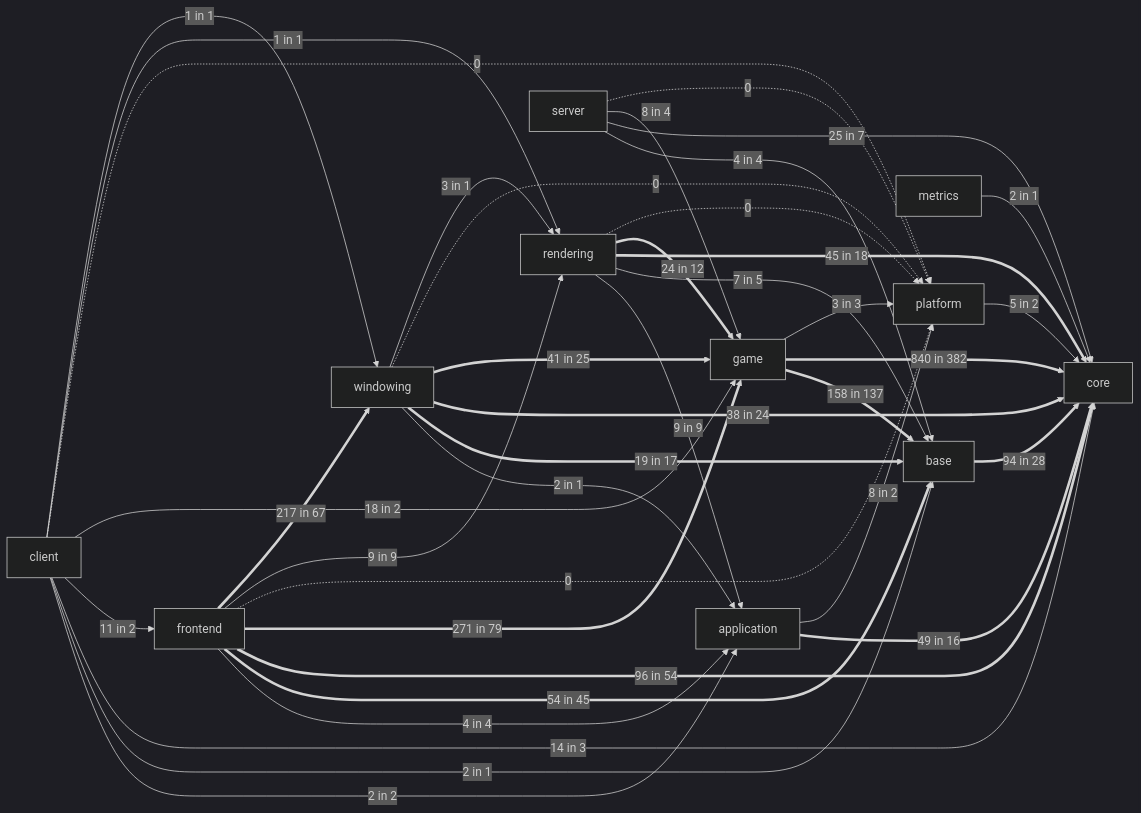
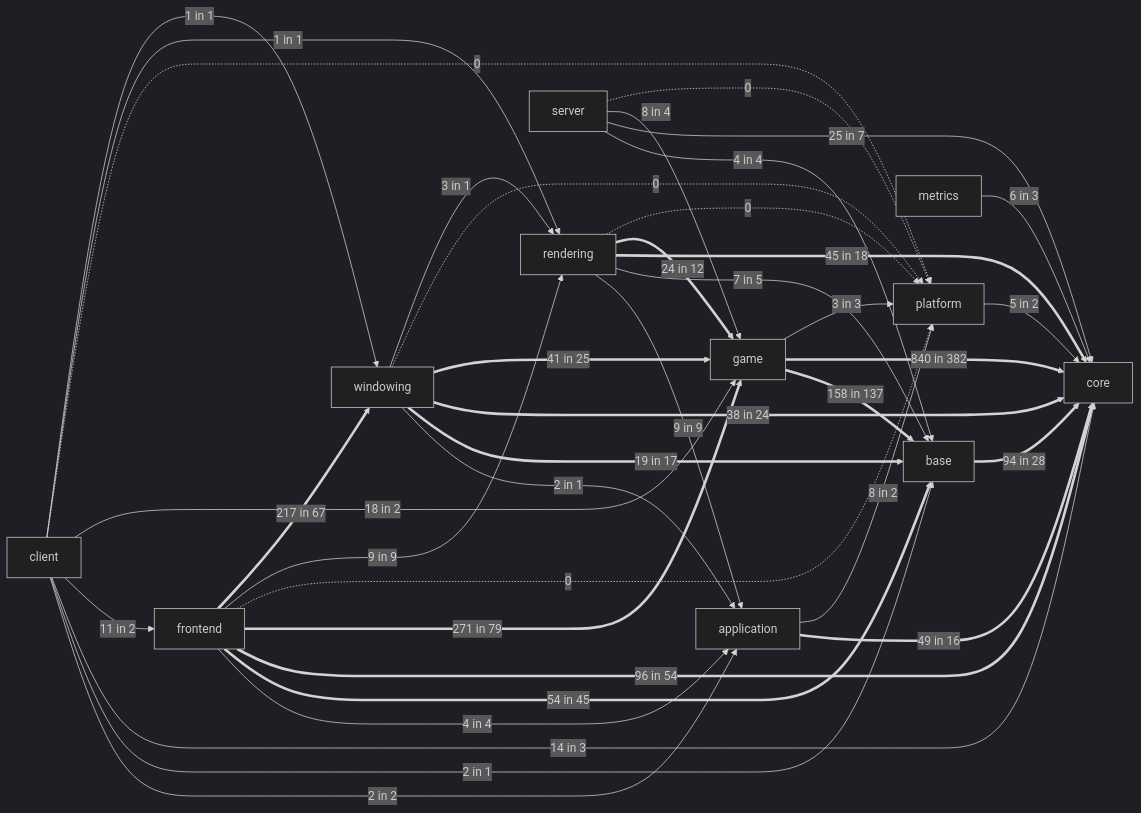
One commit to apnex/OpenStarbound changed the fifth of 11 diagrams in docs/architecture/system-boundaries.md. Above: the diagram before and after it, drawn with Mermaid (dark theme). The commit also changed other lines of this file and 6 other files, not shown here.

````diff
--- a/docs/architecture/system-boundaries.md
+++ b/docs/architecture/system-boundaries.md
@@ -397,41 +401,41 @@
 ```mermaid
 flowchart LR
   base ==>|94 in 28| core
-  metrics -->|2 in 1| core
+  metrics -->|6 in 3| core
   platform -->|5 in 2| core
   application ==>|49 in 16| core
   application -->|8 in 2| platform
   game ==>|158 in 137| base
   game ==>|840 in 382| core
   game -->|3 in 3| platform
   rendering -->|9 in 9| application
   rendering -->|7 in 5| base
   rendering ==>|45 in 18| core
   rendering ==>|24 in 12| game
   rendering -.->|0| platform
   windowing -->|2 in 1| application
   windowing ==>|19 in 17| base
   windowing ==>|38 in 24| core
   windowing ==>|41 in 25| game
   windowing -.->|0| platform
   windowing -->|3 in 1| rendering
   frontend -->|4 in 4| application
   frontend ==>|54 in 45| base
   frontend ==>|96 in 54| core
   frontend ==>|271 in 79| game
   frontend -.->|0| platform
   frontend -->|9 in 9| rendering
   frontend ==>|217 in 67| windowing
   client -->|2 in 2| application
   client -->|2 in 1| base
   client -->|14 in 3| core
   client -->|11 in 2| frontend
   client -->|18 in 2| game
   client -.->|0| platform
   client -->|1 in 1| rendering
   client -->|1 in 1| windowing
   server -->|4 in 4| base
   server -->|25 in 7| core
   server -->|8 in 4| game
   server -.->|0| platform
 ```
````
